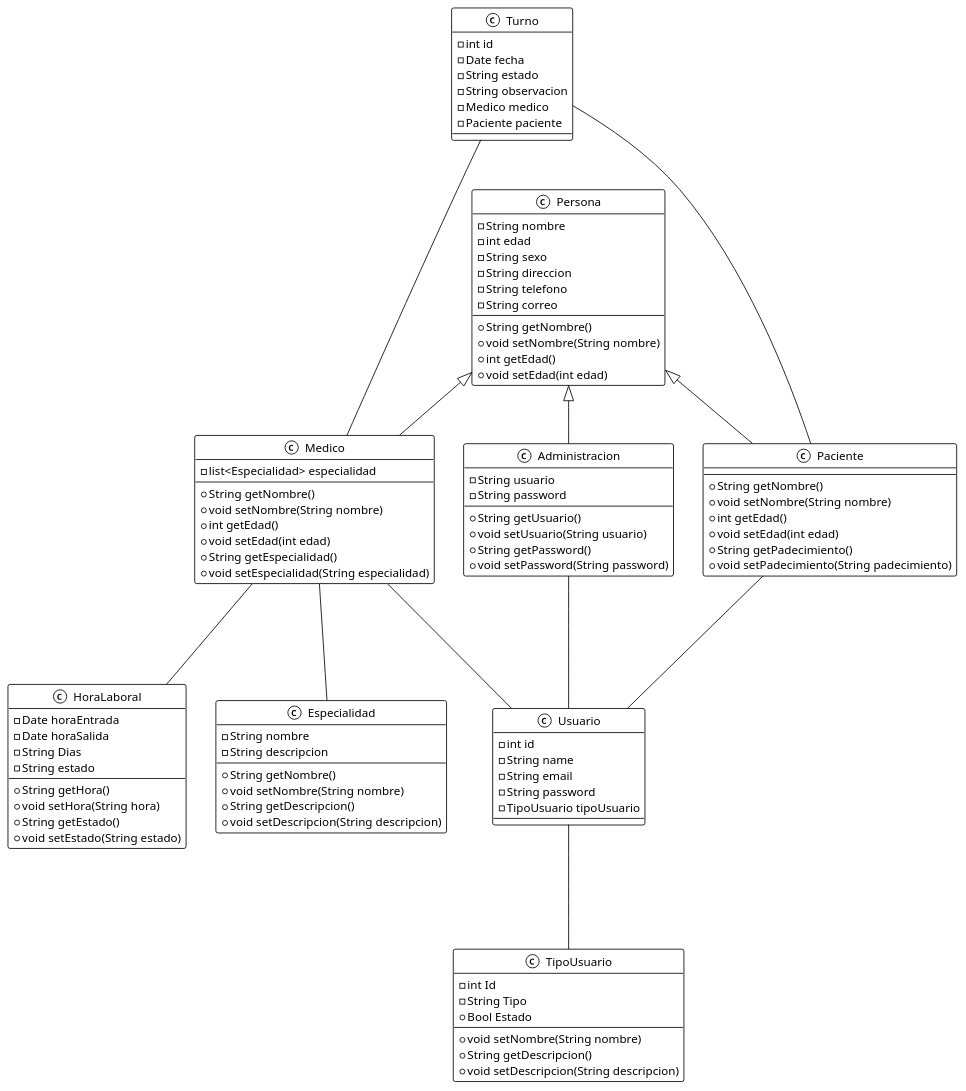
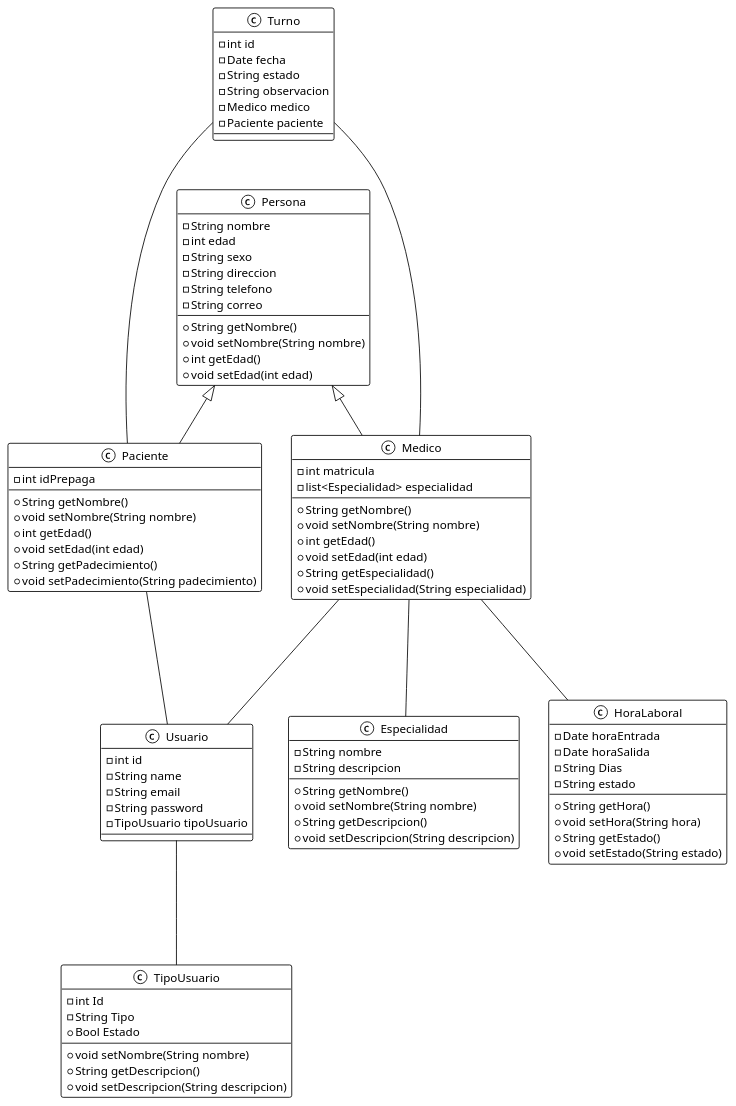
One commit to seba-cali/tp-cuatrimestral-equipo-23 changed the diagram in clinicauml.puml. Above: the diagram before and after it, drawn with PlantUML. The commit also changed 17 other files, not shown here.

```diff
--- a/clinicauml.puml
+++ b/clinicauml.puml
@@ -1,113 +1,106 @@
 @startuml
 'https://plantuml.com/class-diagram
 !theme mono 
 Turno --- Paciente
 Turno --- Medico
 
 Medico --- Especialidad
 Medico --- HoraLaboral
 
 
-Administracion --- Usuario
+
 Paciente --- Usuario
 Medico --- Usuario
 Usuario --- TipoUsuario
 
 class Usuario{
 -int id
 -String name
 -String email
 -String password
 -TipoUsuario tipoUsuario
 }
 class Turno{
     -int id
     -Date fecha
     -String estado
     -String observacion
     -Medico medico
     -Paciente paciente
   /'  +int getId()
     +void setId(int id)
     +String getFecha()
     +void setFecha(String fecha)
     +String getHora()
     +void setHora(String hora)
     +String getEstado()
     +void setEstado(String estado)
     +String getDescripcion()
     +void setDescripcion(String descripcion)
     +Medico getMedico()
     +void setMedico(Medico medico)
     +Paciente getPaciente()
     +void setPaciente(Paciente paciente)'/
     }
 
 class Persona{
     -String nombre
     -int edad
     -String sexo
     -String direccion
     -String telefono
     -String correo
     +String getNombre()
     +void setNombre(String nombre)
     +int getEdad()
     +void setEdad(int edad)
 }
 
-class Administracion extends Persona{
-    -String usuario
-    -String password
-    +String getUsuario()
-    +void setUsuario(String usuario)
-    +String getPassword()
-    +void setPassword(String password)
 
-}
 class Paciente extends Persona{
-    
+    -int idPrepaga
     +String getNombre()
     +void setNombre(String nombre)
     +int getEdad()
     +void setEdad(int edad)
     +String getPadecimiento()
     +void setPadecimiento(String padecimiento)
 }
 class Medico extends Persona{
+    -int matricula
     -list<Especialidad> especialidad
     +String getNombre()
     +void setNombre(String nombre)
     +int getEdad()
     +void setEdad(int edad)
     +String getEspecialidad()
     +void setEspecialidad(String especialidad)
 }
 class Especialidad{
     -String nombre
     -String descripcion
     +String getNombre()
     +void setNombre(String nombre)
     +String getDescripcion()
     +void setDescripcion(String descripcion)
 }
 class HoraLaboral{
     -Date horaEntrada
     -Date horaSalida
     -String Dias
     -String estado
     +String getHora()
     +void setHora(String hora)
     +String getEstado()
     +void setEstado(String estado)
 }
 class TipoUsuario{
     -int Id
     -String Tipo
     +Bool Estado
     +void setNombre(String nombre)
     +String getDescripcion()
     +void setDescripcion(String descripcion)
 }
 
 @enduml
```
